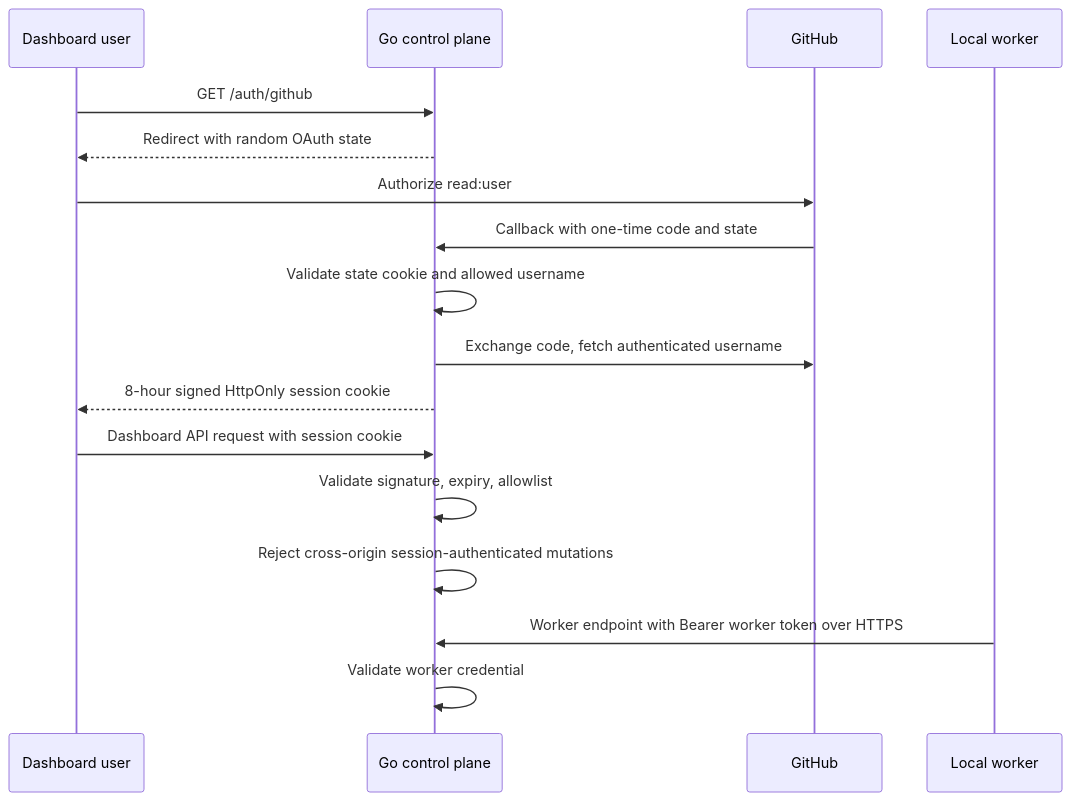
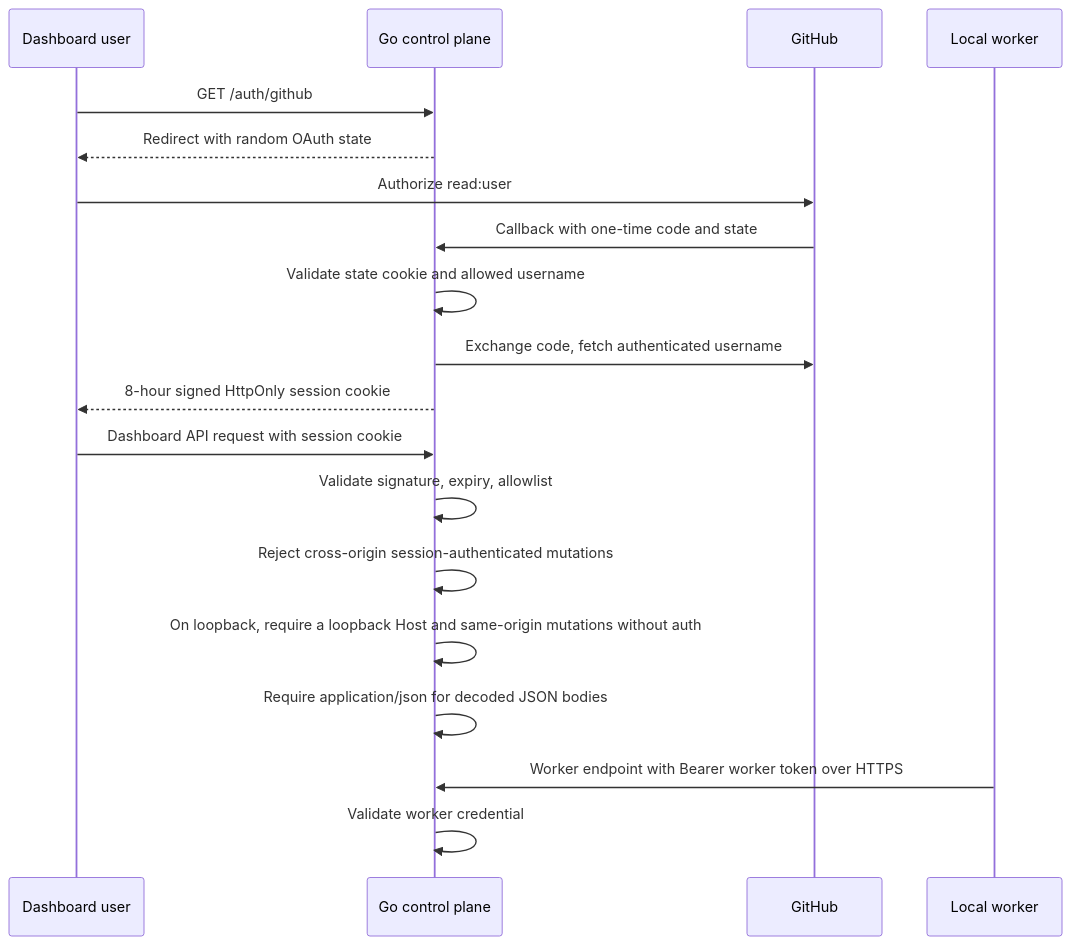
The diagram in docs/features/github-login-and-remote-worker-auth.md (bogdaniel/zenchron-engineering-os), drawn with Mermaid before and after one commit. The commit also changed other lines of this file and 22 other files, not shown here.

Commit message:
fix(api): harden loopback mutation requests

````diff
--- a/docs/features/github-login-and-remote-worker-auth.md
+++ b/docs/features/github-login-and-remote-worker-auth.md
@@ -9,19 +9,21 @@
 ```mermaid
 sequenceDiagram
     participant User as Dashboard user
     participant API as Go control plane
     participant GitHub
     participant Worker as Local worker
     User->>API: GET /auth/github
     API-->>User: Redirect with random OAuth state
     User->>GitHub: Authorize read:user
     GitHub->>API: Callback with one-time code and state
     API->>API: Validate state cookie and allowed username
     API->>GitHub: Exchange code, fetch authenticated username
     API-->>User: 8-hour signed HttpOnly session cookie
     User->>API: Dashboard API request with session cookie
     API->>API: Validate signature, expiry, allowlist
     API->>API: Reject cross-origin session-authenticated mutations
+    API->>API: On loopback, require a loopback Host and same-origin mutations without auth
+    API->>API: Require application/json for decoded JSON bodies
     Worker->>API: Worker endpoint with Bearer worker token over HTTPS
     API->>API: Validate worker credential
 ```
````
